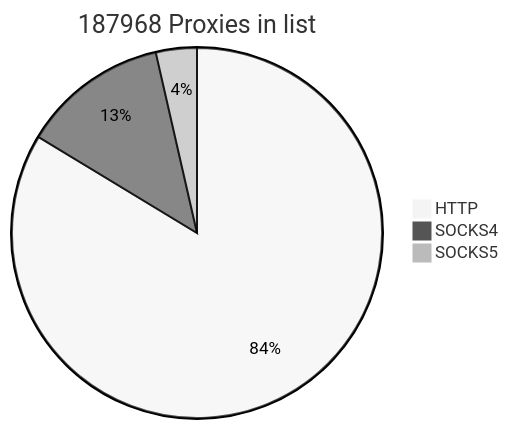
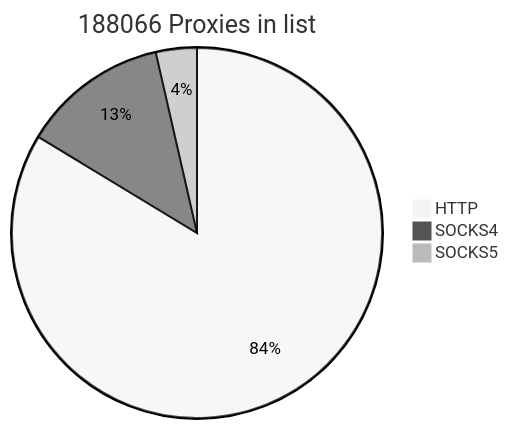
One commit to cutipu/proxylist changed the first of 2 diagrams in README.md. Above: the diagram before and after it, drawn with Mermaid (neutral theme). The commit also changed other lines of this file, not shown here.

````diff
--- a/README.md
+++ b/README.md
@@ -2,7 +2,7 @@
 ```mermaid
-pie title 187968 Proxies in list
-    "HTTP" : 157263
-    "SOCKS4" : 23984
-    "SOCKS5" : 6721
+pie title 188066 Proxies in list
+    "HTTP" : 157366
+    "SOCKS4" : 23981
+    "SOCKS5" : 6719
             
 ```
````
